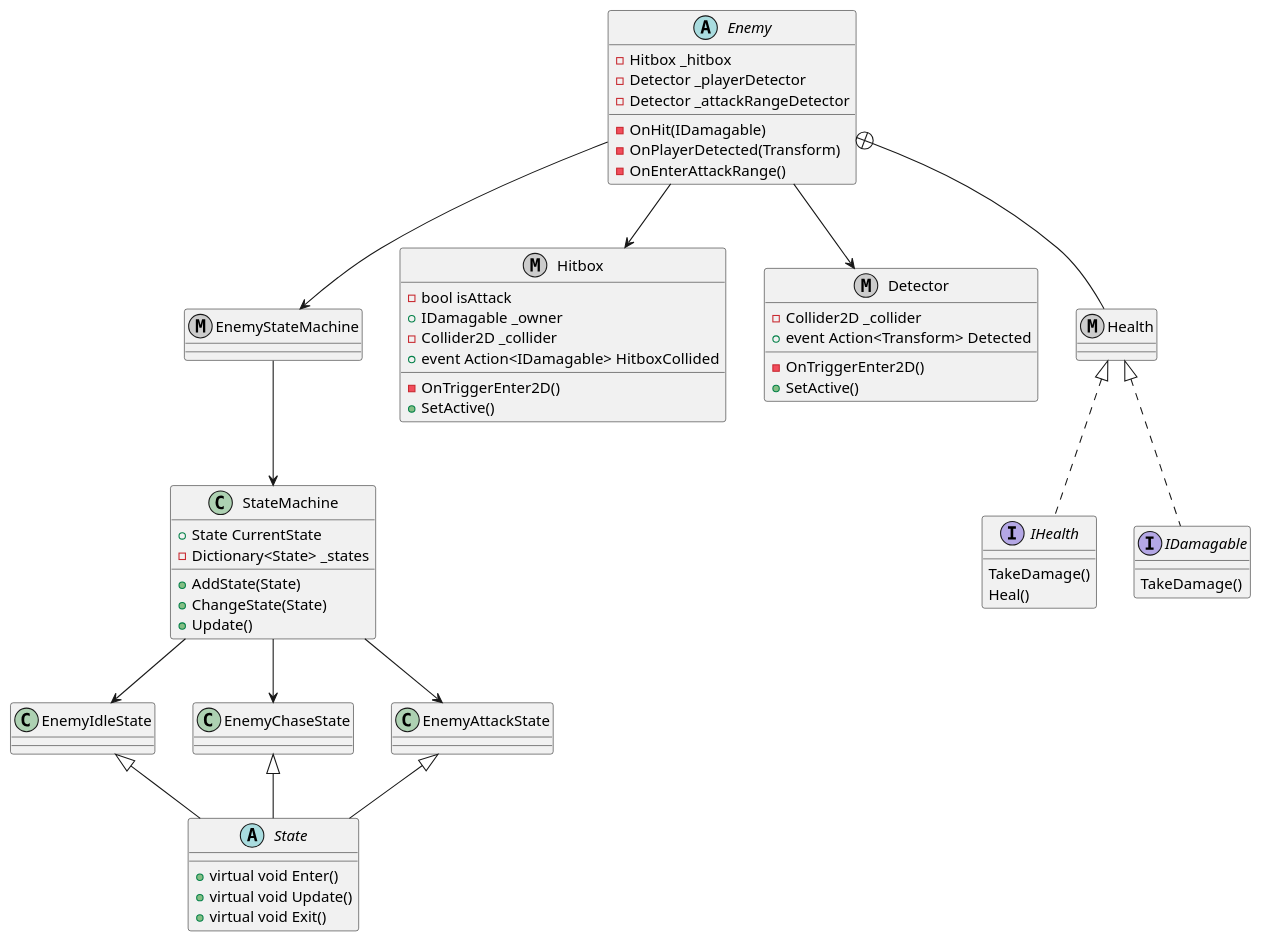
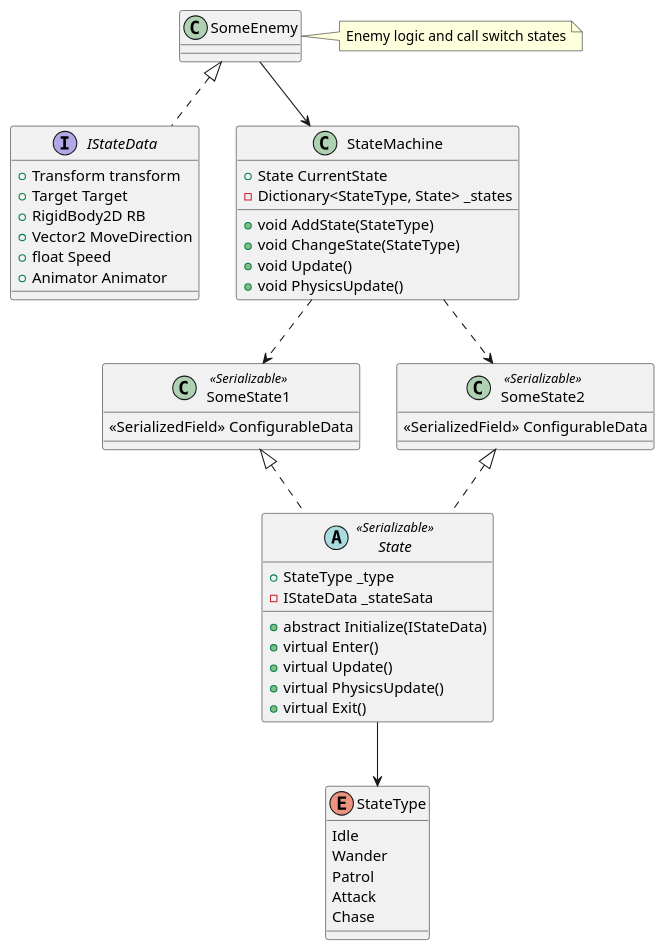
The diagram in Assets/Game/Scripts/EnemyUML.wsd (yaustal666/GameFEFU_2025), drawn with PlantUML before and after one commit. The commit also changed 46 other files, not shown here.

```diff
--- a/Assets/Game/Scripts/EnemyUML.wsd
+++ b/Assets/Game/Scripts/EnemyUML.wsd
@@ -2,85 +2,59 @@
 @startuml Enemy
 
-abstract class State {
-    +virtual void Enter()
-    +virtual void Update()
-    +virtual void Exit()
+enum StateType {
+    Idle
+    Wander
+    Patrol
+    Attack
+    Chase
 }
+
+interface IStateData {
+    +Transform transform
+    +Target Target
+    +RigidBody2D RB
+    +Vector2 MoveDirection
+    +float Speed
+    +Animator Animator
+}
+
+abstract class State <<Serializable>>{
+    +StateType _type
+    -IStateData _stateSata
+    +abstract Initialize(IStateData)
+    +virtual Enter() 
+    +virtual Update() 
+    +virtual PhysicsUpdate() 
+    +virtual Exit() 
+}
+State --> StateType
 
 class StateMachine {
     +State CurrentState
-    -Dictionary<State> _states
+    -Dictionary<StateType, State> _states
+    +void AddState(StateType)
+    +void ChangeState(StateType)
+    +void Update()
+    +void PhysicsUpdate()
+}
+StateMachine ..> SomeState1
+StateMachine ..> SomeState2
 
-    +AddState(State)
-    +ChangeState(State)
-    +Update()
+class SomeState1 <<Serializable>> {
+    <<SerializedField>> ConfigurableData 
 }
+SomeState1 <|.. State
 
-metaclass EnemyStateMachine {
+class SomeState2 <<Serializable>> {
+    <<SerializedField>> ConfigurableData 
+}
+SomeState2 <|.. State
+
+class SomeEnemy {
 
 }
+note right of SomeEnemy : Enemy logic and call switch states
+SomeEnemy --> StateMachine
+SomeEnemy <|.. IStateData
 
-class EnemyIdleState {
-
-}
-
-class EnemyChaseState {
-
-}
-
-class EnemyAttackState {
-
-}
-
-metaclass Hitbox {
-    -bool isAttack
-    +IDamagable _owner
-    -Collider2D _collider
-    +event Action<IDamagable> HitboxCollided
-    -OnTriggerEnter2D()
-    +SetActive()
-}
-
-metaclass Detector {
-    -Collider2D _collider
-    +event Action<Transform> Detected
-    -OnTriggerEnter2D()
-    +SetActive()
-}
-
-metaclass Health {
-
-}
-
-abstract class Enemy {
-    -Hitbox _hitbox
-    -Detector _playerDetector
-    -Detector _attackRangeDetector
-    -OnHit(IDamagable)
-    -OnPlayerDetected(Transform)
-    -OnEnterAttackRange()
-}
-
-interface IHealth {
-    TakeDamage()
-    Heal()
-}
-
-interface IDamagable {
-    TakeDamage()
-}
-
-Health <|.. IHealth
-Health <|.. IDamagable
-Enemy --> Hitbox
-Enemy --> Detector
-Enemy +-- Health
-Enemy --> EnemyStateMachine
-EnemyStateMachine --> StateMachine
-StateMachine --> EnemyIdleState
-StateMachine --> EnemyChaseState
-StateMachine --> EnemyAttackState
-EnemyIdleState <|-- State
-EnemyChaseState <|-- State
-EnemyAttackState <|-- State
 @enduml
```
